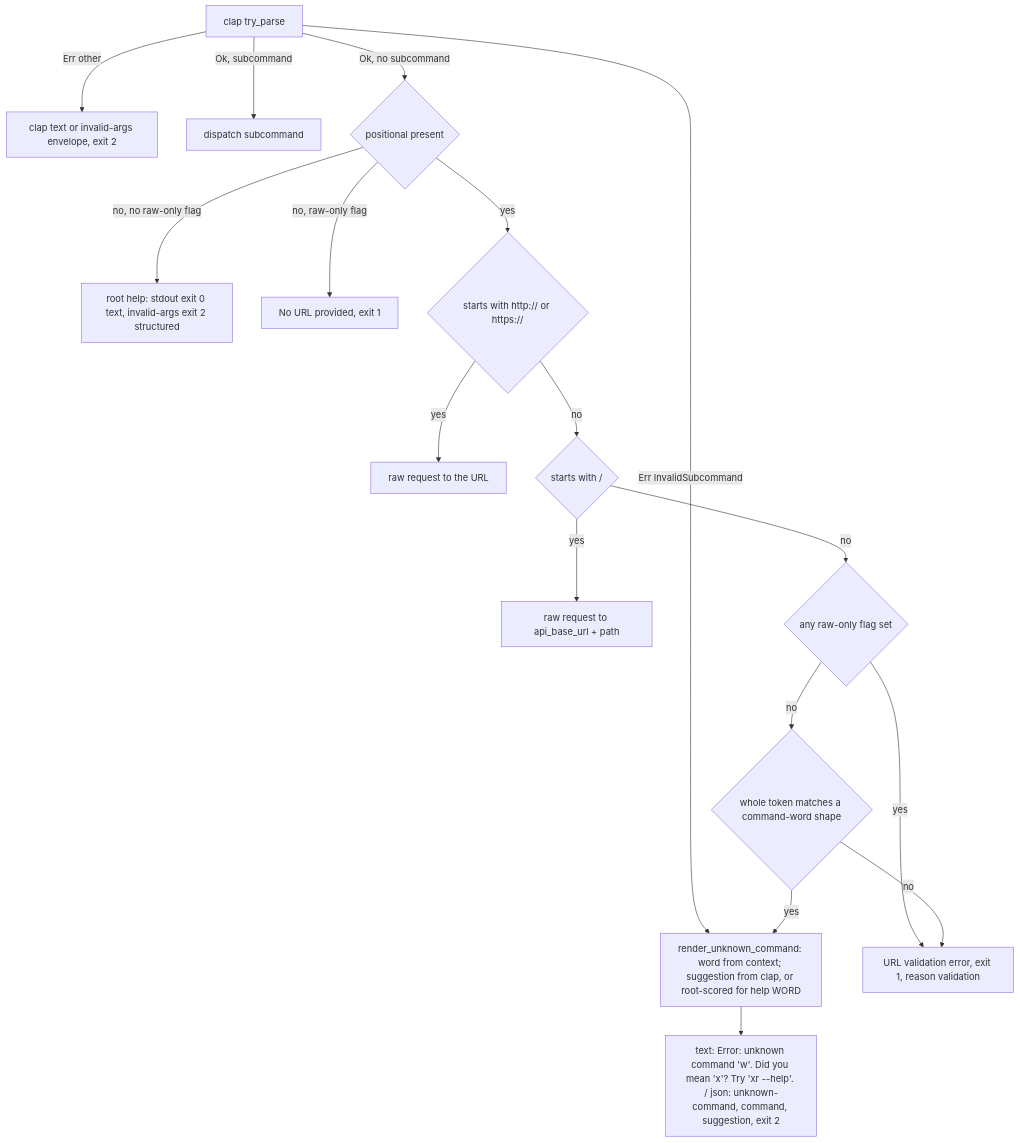
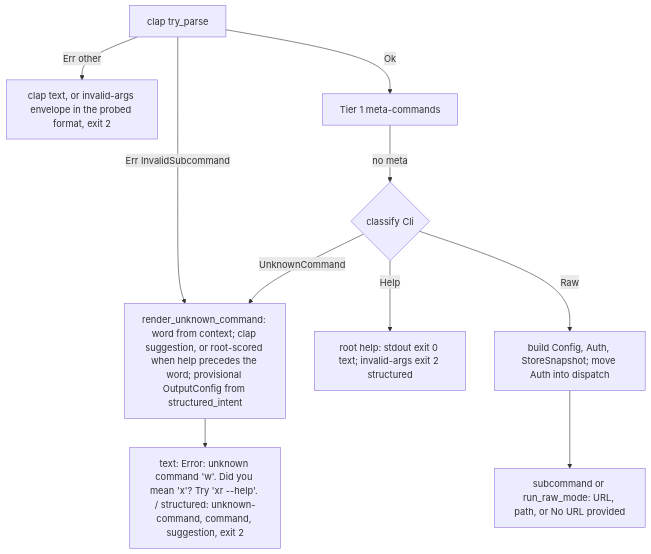
One commit to brettdavies/xurl-rs changed the first of 2 diagrams in docs/plans/2026-09-09-1528-fix-pre-attention-cleanup-plan.md. Above: the diagram before and after it, drawn with Mermaid. The commit also changed other lines of this file, not shown here.

````diff
--- a/docs/plans/2026-09-09-1528-fix-pre-attention-cleanup-plan.md
+++ b/docs/plans/2026-09-09-1528-fix-pre-attention-cleanup-plan.md
@@ -418,19 +503,12 @@
 ```mermaid
 flowchart TB
-  P[clap try_parse] -->|Err InvalidSubcommand| R1[render_unknown_command: word from context; suggestion from clap, or root-scored for help WORD]
-  P -->|Err other| CE[clap text or invalid-args envelope, exit 2]
-  P -->|Ok, subcommand| S[dispatch subcommand]
-  P -->|Ok, no subcommand| A{positional present}
-  A -->|no, no raw-only flag| H[root help: stdout exit 0 text, invalid-args exit 2 structured]
-  A -->|no, raw-only flag| V0[No URL provided, exit 1]
-  A -->|yes| B{starts with http:// or https://}
-  B -->|yes| R[raw request to the URL]
-  B -->|no| C{starts with /}
-  C -->|yes| PP[raw request to api_base_url + path]
-  C -->|no| D{any raw-only flag set}
-  D -->|yes| V[URL validation error, exit 1, reason validation]
-  D -->|no| E{whole token matches a command-word shape}
-  E -->|no| V
-  E -->|yes| R1
-  R1 --> G[text: Error: unknown command 'w'. Did you mean 'x'? Try 'xr --help'. / json: unknown-command, command, suggestion, exit 2]
+  P[clap try_parse] -->|Err InvalidSubcommand| R1[render_unknown_command: word from context; clap suggestion, or root-scored when help precedes the word; provisional OutputConfig from structured_intent]
+  P -->|Err other| CE[clap text, or invalid-args envelope in the probed format, exit 2]
+  P -->|Ok| T1[Tier 1 meta-commands]
+  T1 -->|no meta| CL{classify Cli}
+  CL -->|Help| H[root help: stdout exit 0 text; invalid-args exit 2 structured]
+  CL -->|UnknownCommand| R1
+  CL -->|Raw| CFG[build Config, Auth, StoreSnapshot; move Auth into dispatch]
+  CFG --> S[subcommand or run_raw_mode: URL, path, or No URL provided]
+  R1 --> G[text: Error: unknown command 'w'. Did you mean 'x'? Try 'xr --help'. / structured: unknown-command, command, suggestion, exit 2]
 ```
````
